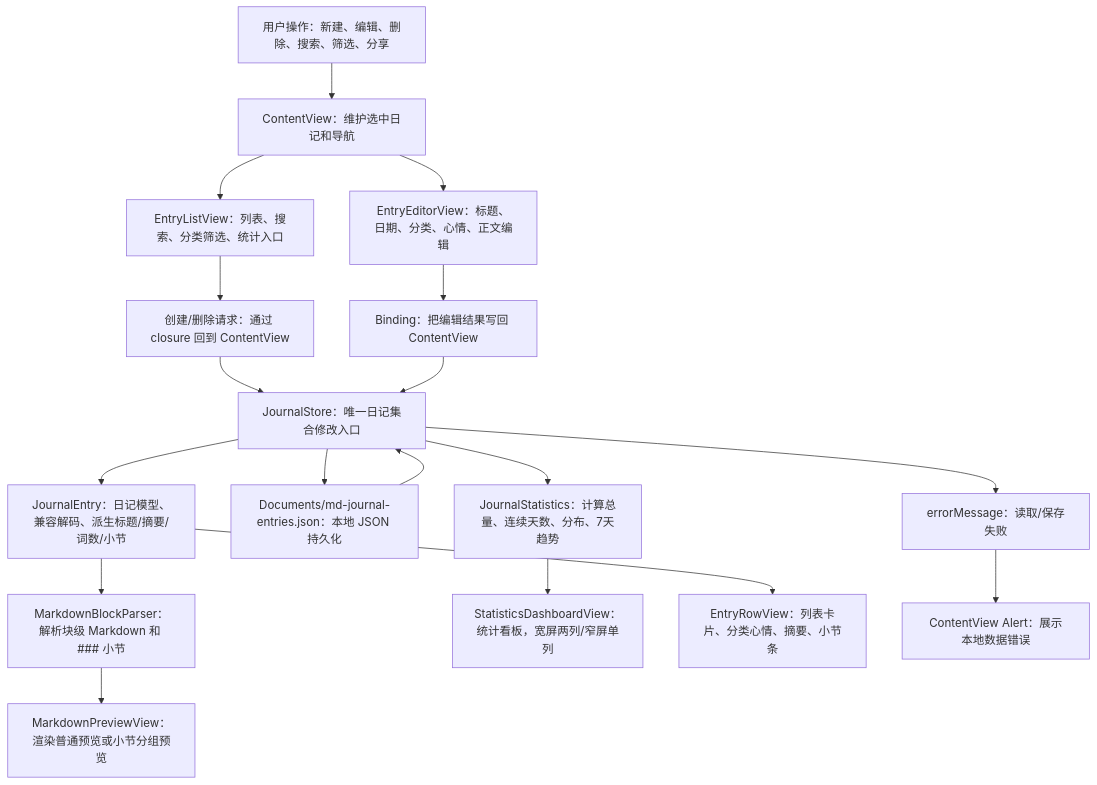
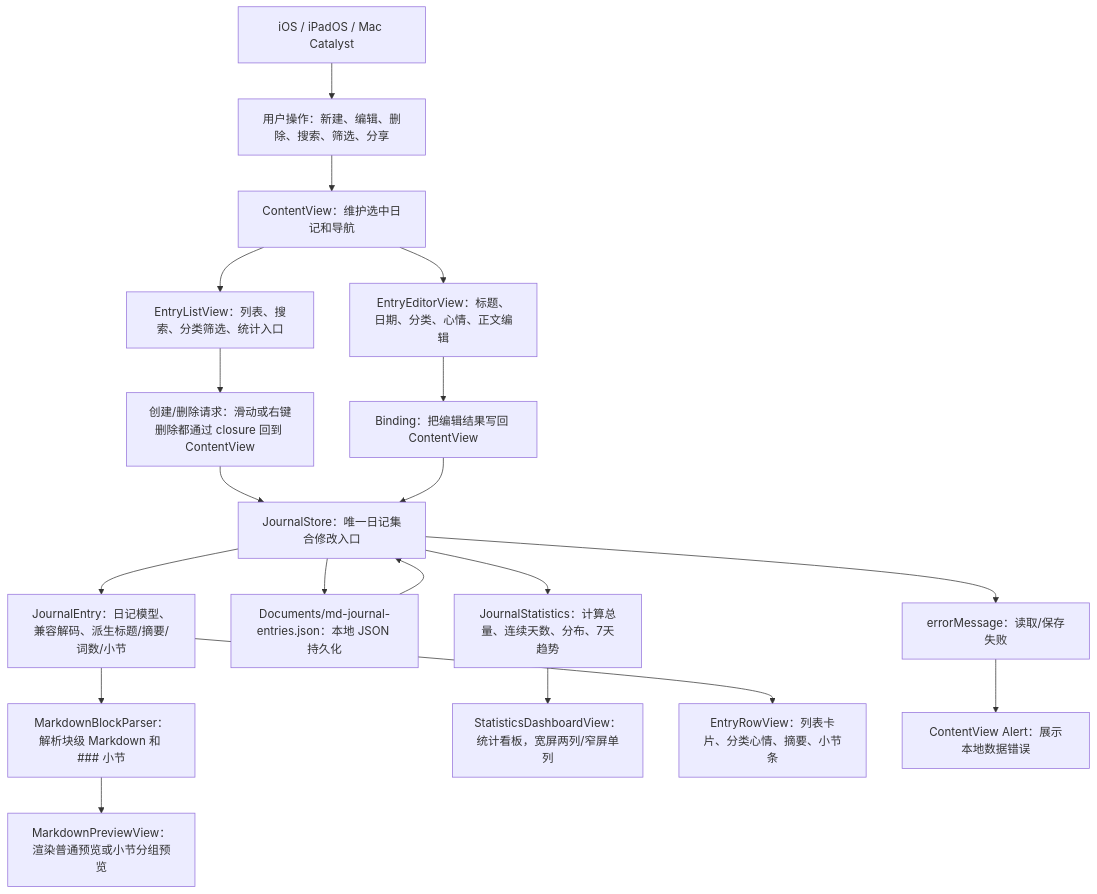
One commit to Altman-sam114/117 changed the first of 5 diagrams in md/flow/flowchart.md. Above: the diagram before and after it, drawn with Mermaid. The commit also changed other lines of this file and 9 other files, not shown here.

Commit message:
v0.6 启用 Mac Catalyst 构建

````diff
--- a/md/flow/flowchart.md
+++ b/md/flow/flowchart.md
@@ -9,20 +9,21 @@
 ```mermaid
 flowchart TD
-  User["用户操作：新建、编辑、删除、搜索、筛选、分享"] --> CV["ContentView：维护选中日记和导航"]
+  Platform["iOS / iPadOS / Mac Catalyst"] --> User["用户操作：新建、编辑、删除、搜索、筛选、分享"]
+  User --> CV["ContentView：维护选中日记和导航"]
   CV --> List["EntryListView：列表、搜索、分类筛选、统计入口"]
   CV --> Editor["EntryEditorView：标题、日期、分类、心情、正文编辑"]
-  List --> CreateDelete["创建/删除请求：通过 closure 回到 ContentView"]
+  List --> CreateDelete["创建/删除请求：滑动或右键删除都通过 closure 回到 ContentView"]
   Editor --> Binding["Binding<JournalEntry>：把编辑结果写回 ContentView"]
   CreateDelete --> Store["JournalStore：唯一日记集合修改入口"]
   Binding --> Store
   Store --> Model["JournalEntry：日记模型、兼容解码、派生标题/摘要/词数/小节"]
   Store --> JSON["Documents/md-journal-entries.json：本地 JSON 持久化"]
   JSON --> Store
   Model --> Parser["MarkdownBlockParser：解析块级 Markdown 和 ### 小节"]
   Parser --> Preview["MarkdownPreviewView：渲染普通预览或小节分组预览"]
   Store --> Stats["JournalStatistics：计算总量、连续天数、分布、7天趋势"]
   Stats --> Dashboard["StatisticsDashboardView：统计看板，宽屏两列/窄屏单列"]
   Model --> Row["EntryRowView：列表卡片、分类心情、摘要、小节条"]
   Store --> Error["errorMessage：读取/保存失败"]
   Error --> Alert["ContentView Alert：展示本地数据错误"]
 ```
````
